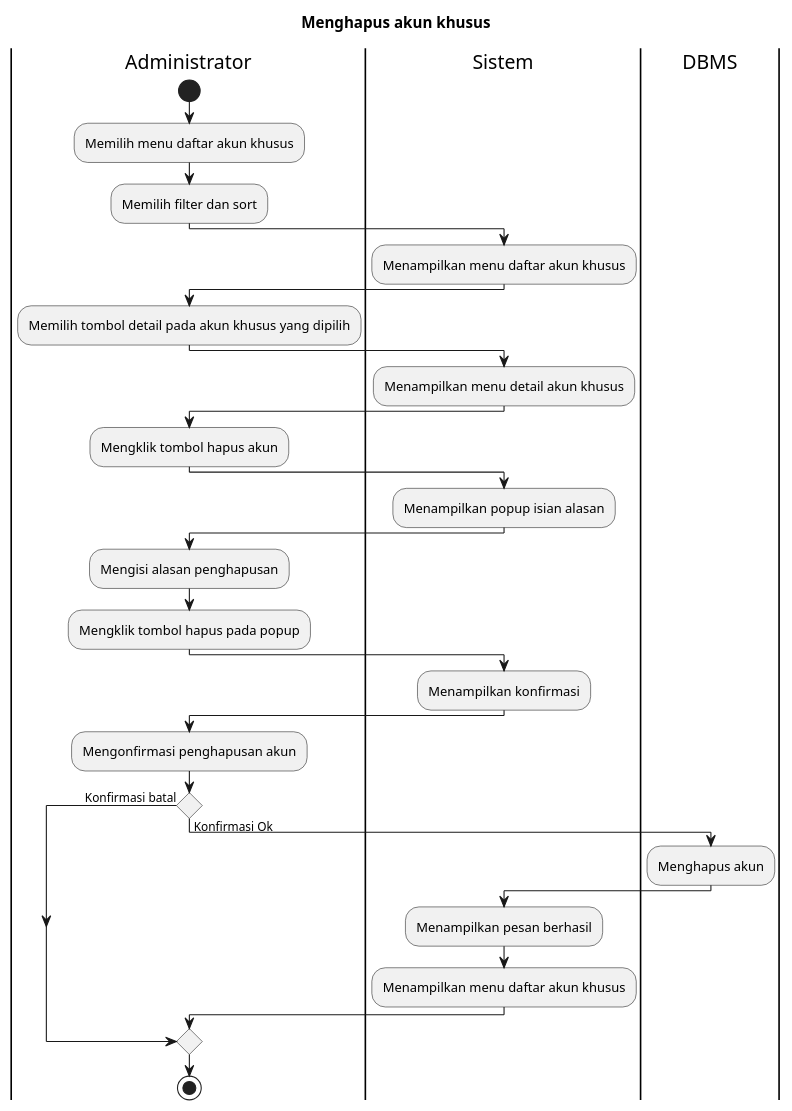
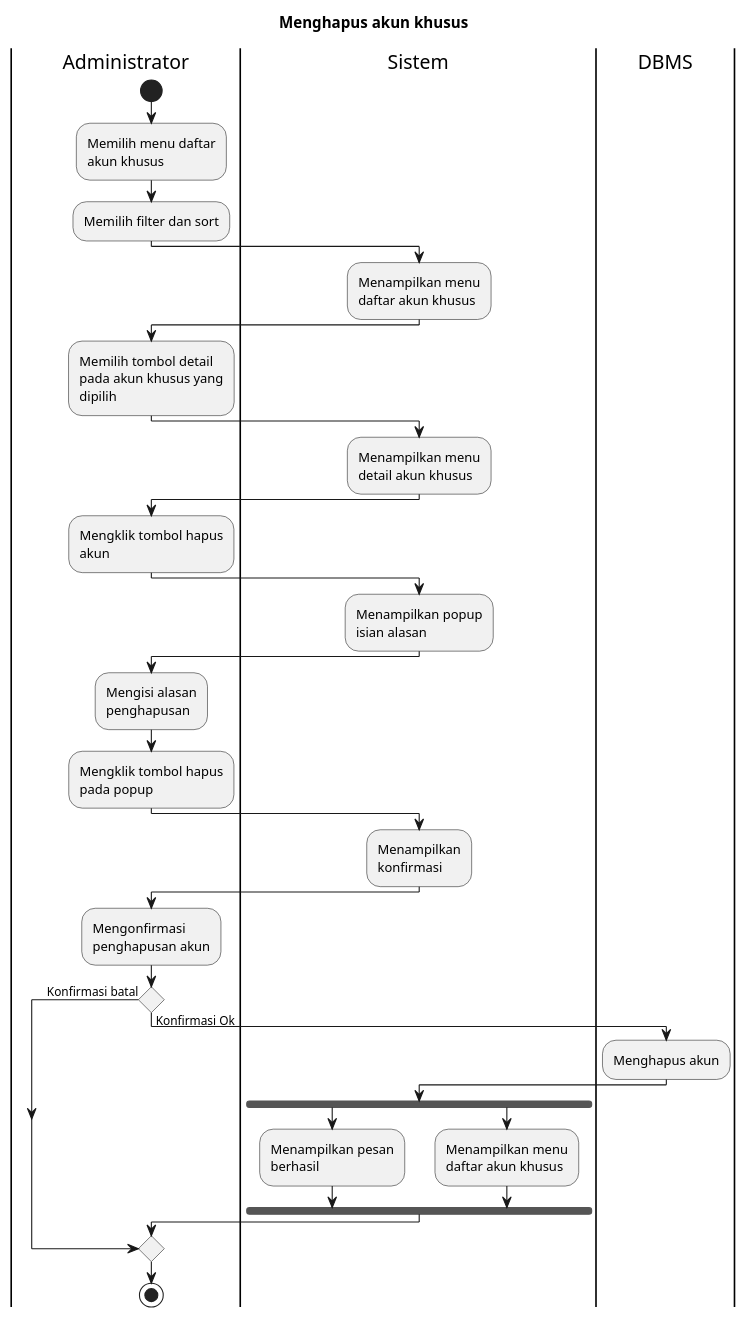
One commit to bagusNA/appl-diagrams changed the diagram in Activity Diagrams/UC-MGUSER - Manajemen Pengguna/UC-MGUSER-014 - Menghapus akun khusus.puml. Above: the diagram before and after it, drawn with PlantUML. The commit also changed 55 other files, not shown here.

```diff
--- a/Activity Diagrams/UC-MGUSER - Manajemen Pengguna/UC-MGUSER-014 - Menghapus akun khusus.puml
+++ b/Activity Diagrams/UC-MGUSER - Manajemen Pengguna/UC-MGUSER-014 - Menghapus akun khusus.puml
@@ -1,47 +1,52 @@
 @startuml UC-MGUSER-014 - Menghapus akun khusus
+skinparam wrapWidth 140
+
 title Menghapus akun khusus
 
 |Administrator|
 start
 :Memilih menu daftar akun khusus;
 :Memilih filter dan sort;
 
 |Sistem|
 :Menampilkan menu daftar akun khusus;
 
 |Administrator|
 :Memilih tombol detail pada akun khusus yang dipilih;
 
 |Sistem|
 :Menampilkan menu detail akun khusus;
 
 |Administrator|
 :Mengklik tombol hapus akun;
 
 |Sistem|
 :Menampilkan popup isian alasan;
 
 |Administrator|
 :Mengisi alasan penghapusan;
 :Mengklik tombol hapus pada popup;
 
 |Sistem|
 :Menampilkan konfirmasi;
 
 |Administrator|
 :Mengonfirmasi penghapusan akun;
 
 if () then (Konfirmasi batal)
 else (Konfirmasi Ok)
   |DBMS|
   :Menghapus akun;
 
   |Sistem|
+  fork
   :Menampilkan pesan berhasil;
+  fork again
   :Menampilkan menu daftar akun khusus;
+  endfork;
 endif
 
 |Administrator|
 stop
 
 @enduml
```
